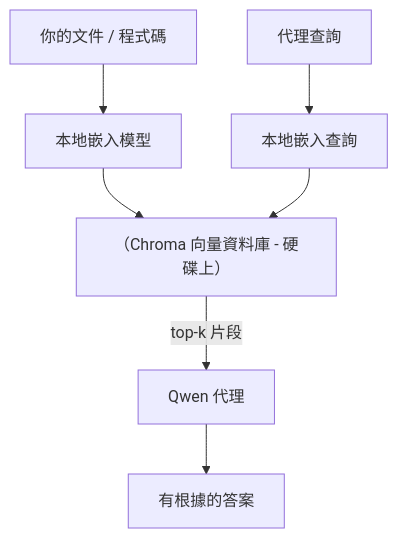
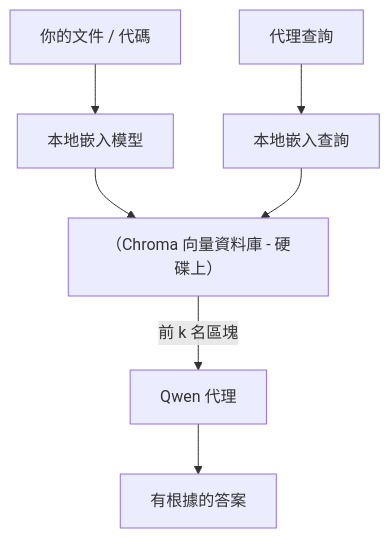
One commit to gabrielmoreira/agent-skills-mirror changed the third of 4 diagrams in mirrors/repos/microsoft@ai-agents-for-beginners/translations/zh-HK/17-creating-local-ai-agents/README.md. Above: the diagram before and after it, drawn with Mermaid. The commit also changed other lines of this file and 4262 other files, not shown here.

````diff
--- a/mirrors/repos/microsoft@ai-agents-for-beginners/translations/zh-HK/17-creating-local-ai-agents/README.md
+++ b/mirrors/repos/microsoft@ai-agents-for-beginners/translations/zh-HK/17-creating-local-ai-agents/README.md
@@ -125,9 +125,9 @@
 ```mermaid
 flowchart TB
-    D[你的文件 / 程式碼] --> E[本地嵌入模型]
+    D[你的文件 / 代碼] --> E[本地嵌入模型]
     E --> V[（Chroma 向量資料庫 - 硬碟上）]
     Q[代理查詢] --> QE[本地嵌入查詢]
     QE --> V
-    V -->|top-k 片段| A[Qwen 代理]
+    V -->|前 k 名區塊| A[Qwen 代理]
     A --> Ans[有根據的答案]
 ```
````
